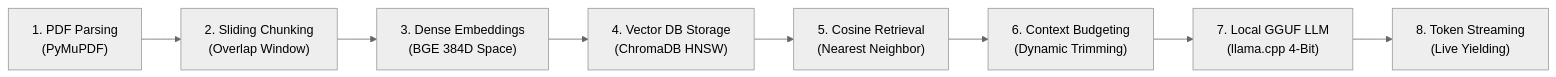
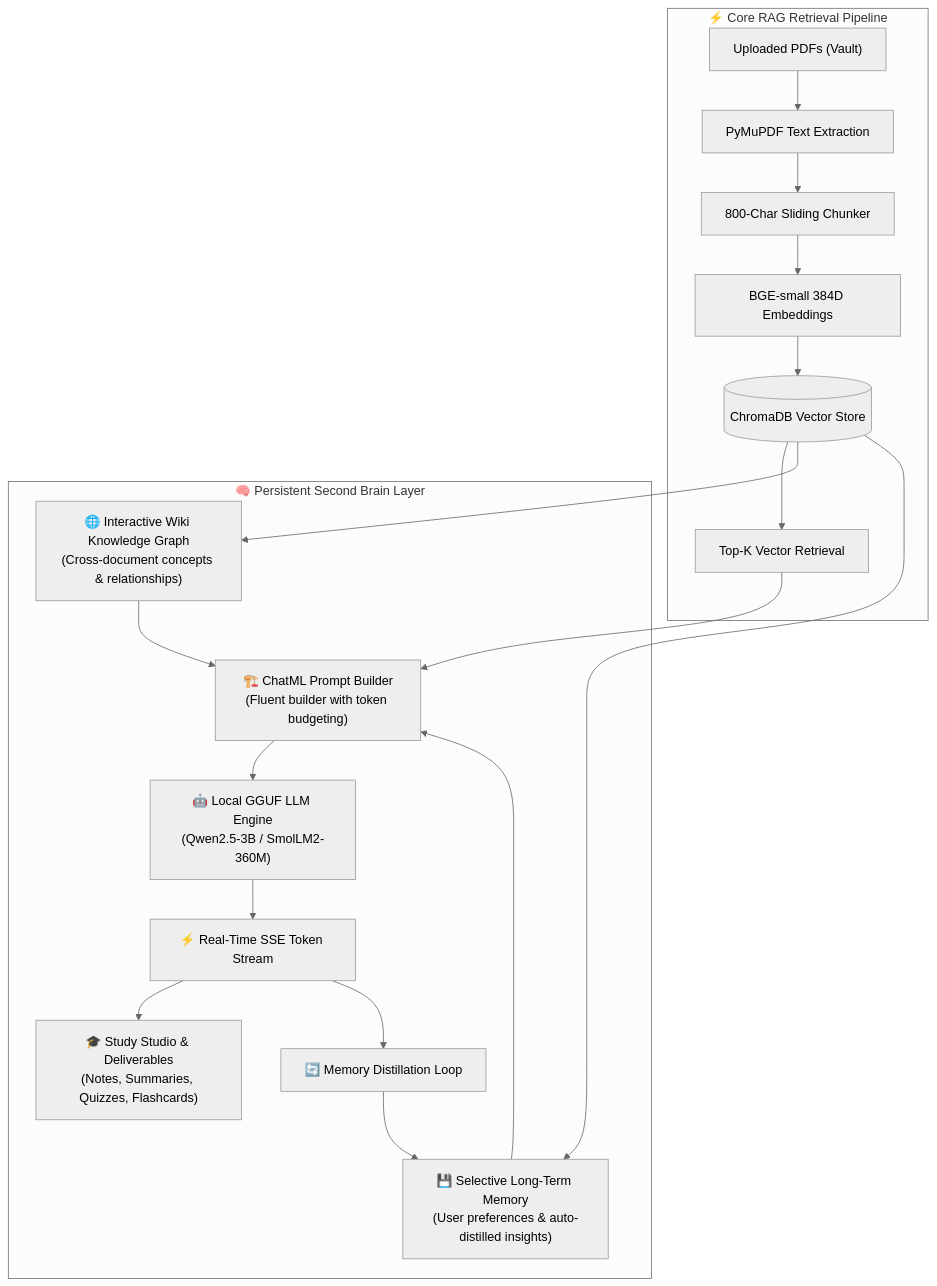
One commit to Sujalkathait/docmind-RaG changed the diagram in README.md. Above: the diagram before and after it, drawn with Mermaid (neutral theme). The commit also changed other lines of this file and 78 other files, not shown here.

Commit message:
feat: Second Brain architecture, React frontend with interactive Wiki Graph, chat deletion option, and SOLID LLD design patterns

````diff
--- a/README.md
+++ b/README.md
@@ -158,10 +58,23 @@
 ```mermaid
-flowchart LR
-    A["1. PDF Parsing<br/>(PyMuPDF)"] --> B["2. Sliding Chunking<br/>(Overlap Window)"]
-    B --> C["3. Dense Embeddings<br/>(BGE 384D Space)"]
-    C --> D["4. Vector DB Storage<br/>(ChromaDB HNSW)"]
-    D --> E["5. Cosine Retrieval<br/>(Nearest Neighbor)"]
-    E --> F["6. Context Budgeting<br/>(Dynamic Trimming)"]
-    F --> G["7. Local GGUF LLM<br/>(llama.cpp 4-Bit)"]
-    G --> H["8. Token Streaming<br/>(Live Yielding)"]
+flowchart TD
+    subgraph CoreRAG ["⚡ Core RAG Retrieval Pipeline"]
+        PDF["Uploaded PDFs (Vault)"] --> Extract["PyMuPDF Text Extraction"]
+        Extract --> Chunk["800-Char Sliding Chunker"]
+        Chunk --> Embed["BGE-small 384D Embeddings"]
+        Embed --> Chroma[("ChromaDB Vector Store")]
+        Chroma --> Cosine["Top-K Vector Retrieval"]
+    end
+
+    subgraph SecondBrain ["🧠 Persistent Second Brain Layer"]
+        Chroma --> Graph["🌐 Interactive Wiki Knowledge Graph<br/>(Cross-document concepts & relationships)"]
+        Chroma --> Memory["💾 Selective Long-Term Memory<br/>(User preferences & auto-distilled insights)"]
+        Graph --> Builder["🏗️ ChatML Prompt Builder<br/>(Fluent builder with token budgeting)"]
+        Memory --> Builder
+        Cosine --> Builder
+        Builder --> LLM["🤖 Local GGUF LLM Engine<br/>(Qwen2.5-3B / SmolLM2-360M)"]
+        LLM --> Stream["⚡ Real-Time SSE Token Stream"]
+        Stream --> Studio["🎓 Study Studio & Deliverables<br/>(Notes, Summaries, Quizzes, Flashcards)"]
+        Stream --> MemoryEval["🔄 Memory Distillation Loop"]
+        MemoryEval --> Memory
+    end
 ```
````
